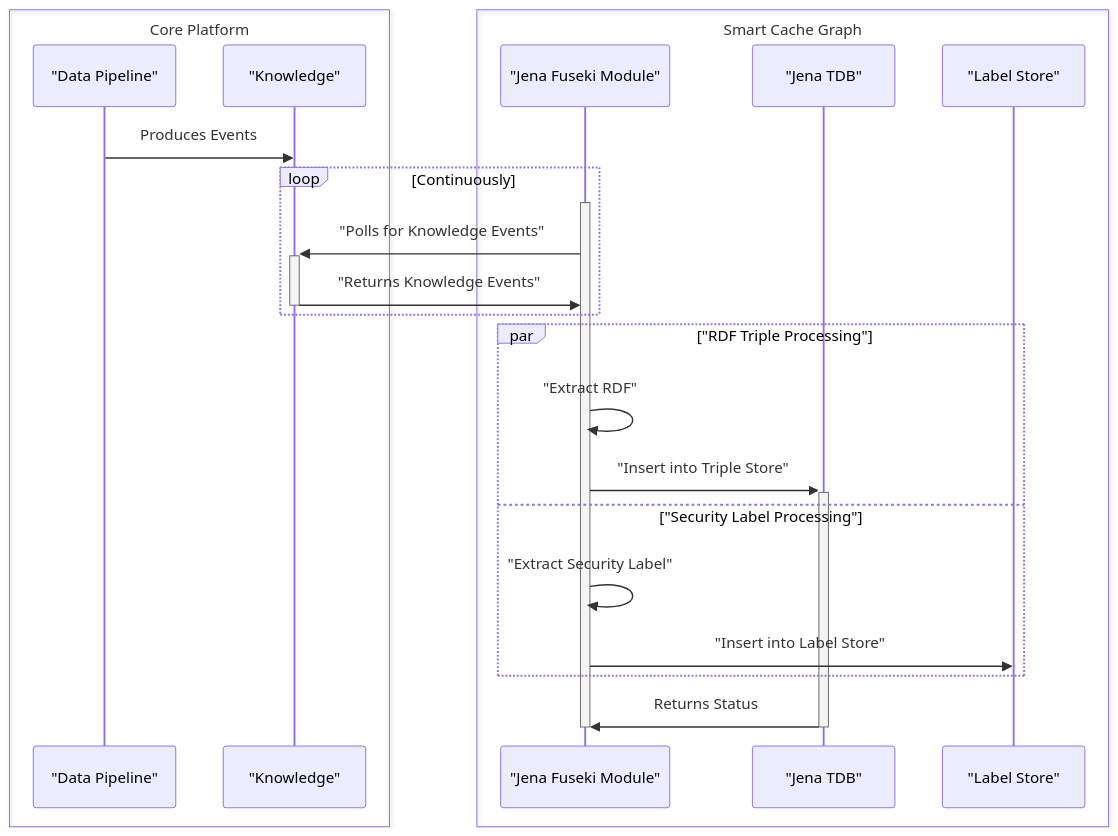
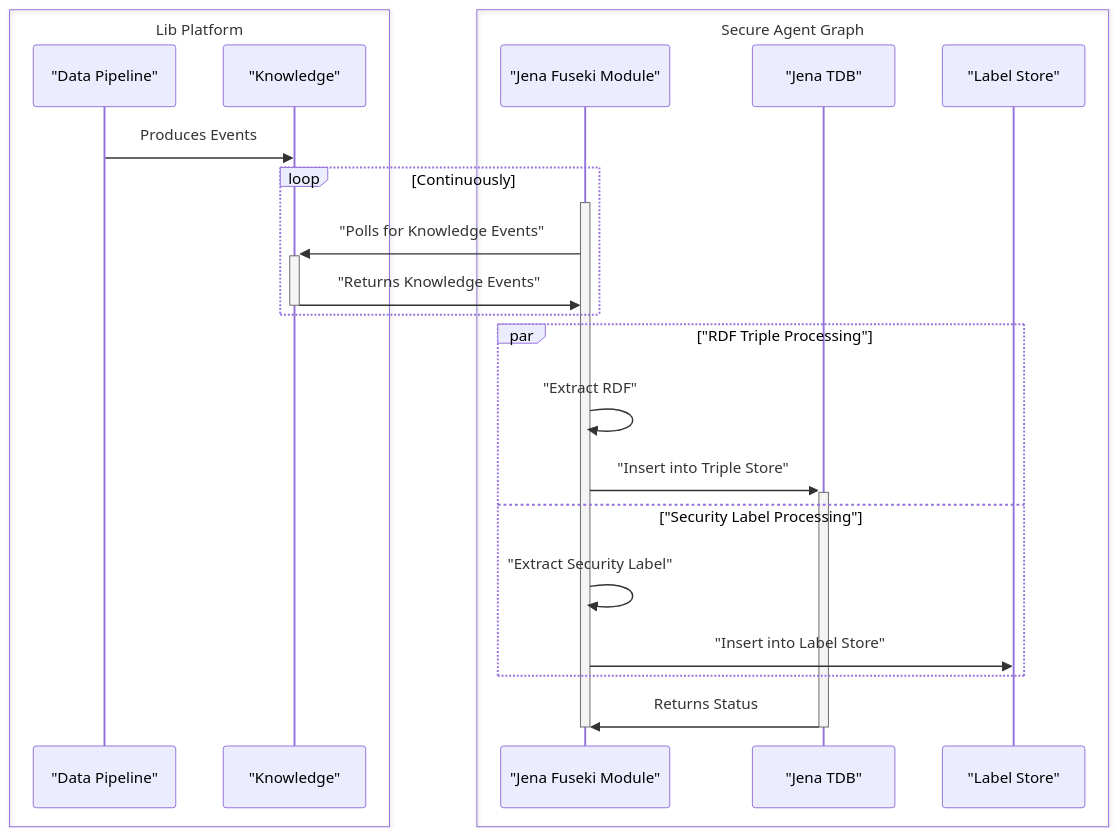
Before and after one commit to National-Digital-Twin/integration-architecture-documentation: the first of 2 diagrams in DeveloperDocumentation/IANode/InAction.md, drawn with Mermaid. The commit also changed other lines of this file, not shown here.

Commit message:
IA-454 Rebranding done for telicent

````diff
--- a/DeveloperDocumentation/IANode/InAction.md
+++ b/DeveloperDocumentation/IANode/InAction.md
@@ -4,28 +4,28 @@
 ```mermaid
 sequenceDiagram
-    box Core Platform
+    box Lib Platform
         participant D as "Data Pipeline"
         participant K as "Knowledge"
     end
-    box Smart Cache Graph
+    box Secure Agent Graph
         participant J as "Jena Fuseki Module"
         participant I as "Jena TDB"
         participant L as "Label Store"
     end
     D->>K: Produces Events
     loop Continuously
       activate J
       J ->>+K : "Polls for Knowledge Events"
       K ->>-J : "Returns Knowledge Events"
     end
     par "RDF Triple Processing"
       J ->> J: "Extract RDF"
       J ->>+I : "Insert into Triple Store"
     and "Security Label Processing"
       J ->> J: "Extract Security Label"
       J ->> L: "Insert into Label Store"
     end
     I ->>-J : Returns Status
     deactivate J
 
 ```
````
